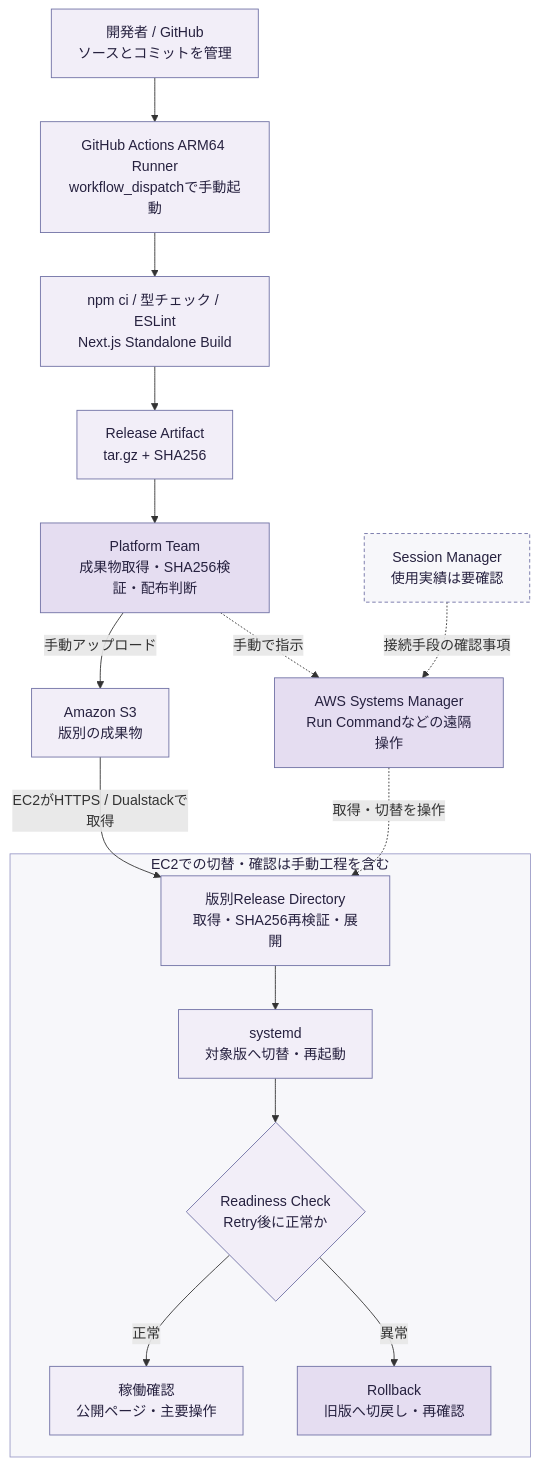
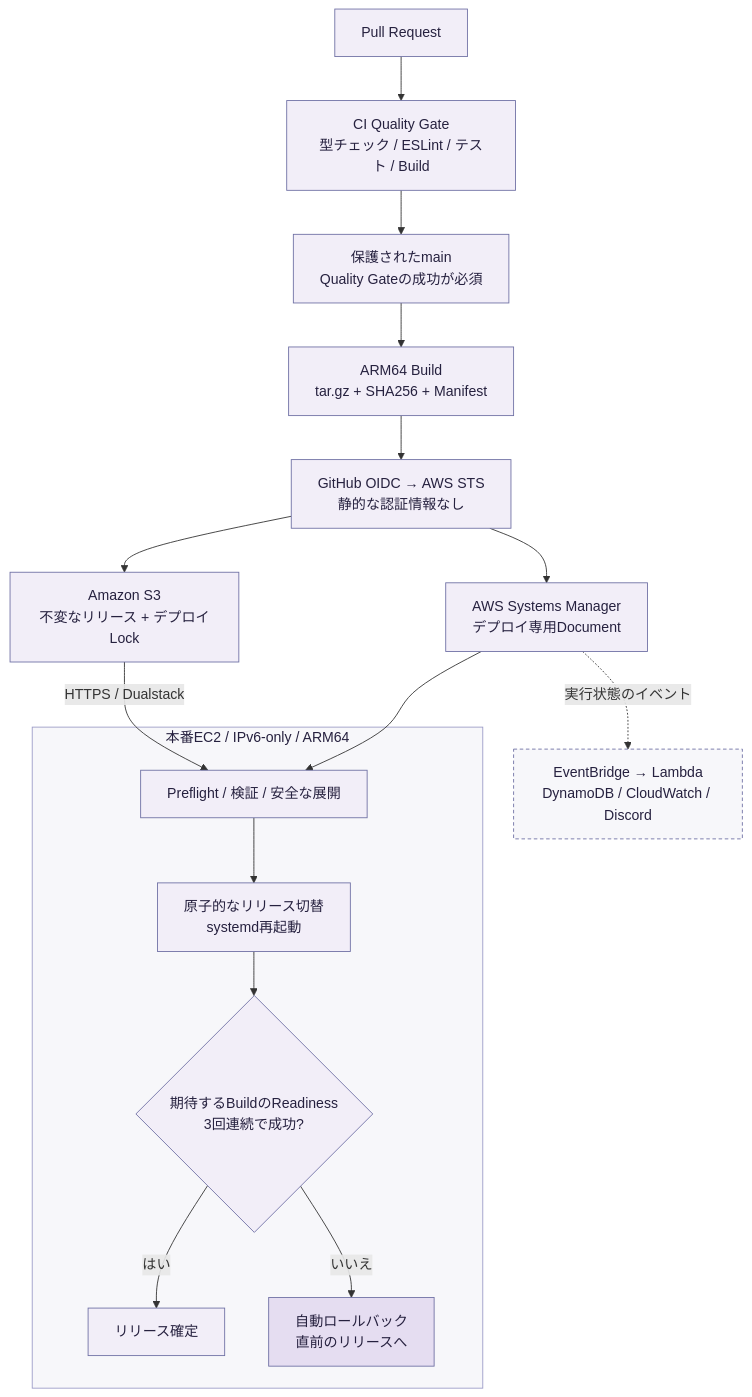
The third of 3 diagrams in README.ja.md (1716964609/GMSv5), drawn with Mermaid before and after one commit. The commit also changed other lines of this file and 15 other files, not shown here.

````diff
--- a/README.ja.md
+++ b/README.ja.md
@@ -155,41 +183,38 @@
 ```mermaid
 flowchart TB
-    DEV["開発者 / GitHub<br/>ソースとコミットを管理"]
-    RUN["GitHub Actions ARM64 Runner<br/>workflow_dispatchで手動起動"]
-    CHECK["npm ci / 型チェック / ESLint<br/>Next.js Standalone Build"]
-    ART["Release Artifact<br/>tar.gz + SHA256"]
-    PLATFORM["Platform Team<br/>成果物取得・SHA256検証・配布判断"]
-    S3["Amazon S3<br/>版別の成果物"]
-    SSM["AWS Systems Manager<br/>Run Commandなどの遠隔操作"]
-    SESSION["Session Manager<br/>使用実績は要確認"]
+    PR["Pull Request"]
+    CI["CI Quality Gate<br/>型チェック / ESLint / テスト / Build"]
+    MAIN["保護されたmain<br/>Quality Gateの成功が必須"]
+    BUILD["ARM64 Build<br/>tar.gz + SHA256 + Manifest"]
+    OIDC["GitHub OIDC → AWS STS<br/>静的な認証情報なし"]
+    S3["Amazon S3<br/>不変なリリース + デプロイLock"]
+    SSM["AWS Systems Manager<br/>デプロイ専用Document"]
 
-    subgraph HOST["EC2での切替・確認は手動工程を含む"]
-        RELEASE["版別Release Directory<br/>取得・SHA256再検証・展開"]
-        SERVICE["systemd<br/>対象版へ切替・再起動"]
-        READY{"Readiness Check<br/>Retry後に正常か"}
-        LIVE["稼働確認<br/>公開ページ・主要操作"]
-        ROLLBACK["Rollback<br/>旧版へ切戻し・再確認"]
-        RELEASE --> SERVICE
-        SERVICE --> READY
-        READY -->|正常| LIVE
-        READY -->|異常| ROLLBACK
+    subgraph HOST["本番EC2 / IPv6-only / ARM64"]
+        PRE["Preflight / 検証 / 安全な展開"]
+        SWITCH["原子的なリリース切替<br/>systemd再起動"]
+        READY{"期待するBuildのReadiness<br/>3回連続で成功?"}
+        LIVE["リリース確定"]
+        ROLLBACK["自動ロールバック<br/>直前のリリースへ"]
+        PRE --> SWITCH --> READY
+        READY -->|はい| LIVE
+        READY -->|いいえ| ROLLBACK
     end
 
-    DEV --> RUN
-    RUN --> CHECK
-    CHECK --> ART
-    ART --> PLATFORM
-    PLATFORM -->|手動アップロード| S3
-    PLATFORM -.->|手動で指示| SSM
-    SESSION -.->|接続手段の確認事項| SSM
-    SSM -.->|取得・切替を操作| RELEASE
-    S3 -->|EC2がHTTPS / Dualstackで取得| RELEASE
+    MON["EventBridge → Lambda<br/>DynamoDB / CloudWatch / Discord"]
+
+    PR --> CI --> MAIN --> BUILD --> OIDC
+    OIDC --> S3
+    OIDC --> SSM
+    SSM --> PRE
+    S3 -->|"HTTPS / Dualstack"| PRE
+    SSM -.->|"実行状態のイベント"| MON
 
     classDef step fill:#F2EEF8,stroke:#6F70A4,color:#26213F;
-    classDef manual fill:#E5DDF1,stroke:#6F70A4,color:#26213F;
-    classDef pending fill:#F7F7FA,stroke:#6F70A4,color:#26213F,stroke-dasharray:4 3;
-    class DEV,RUN,CHECK,ART,S3,RELEASE,SERVICE,READY,LIVE step;
-    class PLATFORM,SSM,ROLLBACK manual;
-    class SESSION pending;
+    classDef recover fill:#E5DDF1,stroke:#6F70A4,color:#26213F;
+    classDef monitor fill:#F7F7FA,stroke:#6F70A4,color:#26213F,stroke-dasharray:4 3;
+    class PR,CI,MAIN,BUILD,OIDC,S3,SSM,PRE,SWITCH,READY,LIVE step;
+    class ROLLBACK recover;
+    class MON monitor;
     style HOST fill:#F7F7FA,stroke:#9B9BC7,color:#26213F;
 ```
````
